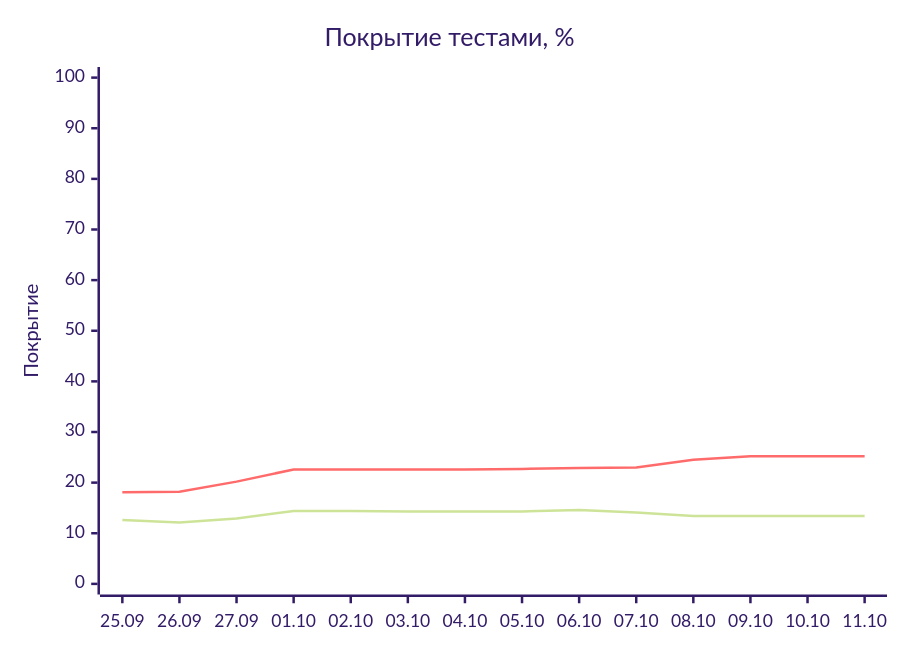
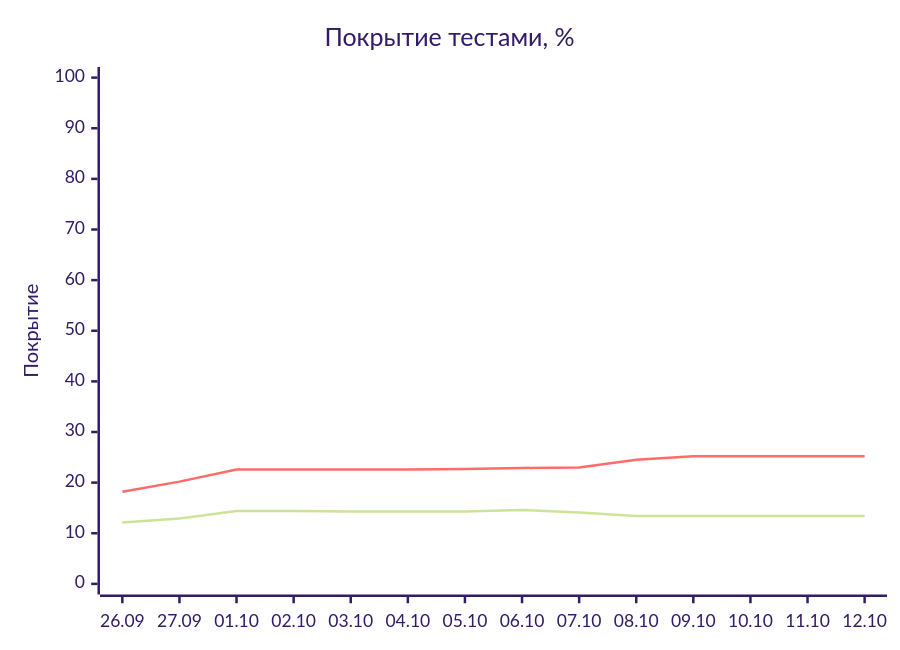
The diagram in README.md (EvgeniBondarev/coverage-report), drawn with Mermaid (forest theme) before and after one commit. The commit also changed other lines of this file and 2957 other files, not shown here.

````diff
--- a/README.md
+++ b/README.md
@@ -19,8 +19,8 @@
 ```mermaid
 xychart-beta
     title "Покрытие тестами, %"
-    x-axis ["25.09", "26.09", "27.09", "01.10", "02.10", "03.10", "04.10", "05.10", "06.10", "07.10", "08.10", "09.10", "10.10", "11.10"]
+    x-axis ["26.09", "27.09", "01.10", "02.10", "03.10", "04.10", "05.10", "06.10", "07.10", "08.10", "09.10", "10.10", "11.10", "12.10"]
     y-axis "Покрытие" 0 --> 100
-    line [12.6, 12.1, 12.9, 14.4, 14.4, 14.3, 14.3, 14.3, 14.6, 14.1, 13.4, 13.4, 13.4, 13.4]
-    line [18.1, 18.2, 20.2, 22.6, 22.6, 22.6, 22.6, 22.7, 22.9, 23, 24.5, 25.2, 25.2, 25.2]
+    line [12.1, 12.9, 14.4, 14.4, 14.3, 14.3, 14.3, 14.6, 14.1, 13.4, 13.4, 13.4, 13.4, 13.4]
+    line [18.2, 20.2, 22.6, 22.6, 22.6, 22.6, 22.7, 22.9, 23, 24.5, 25.2, 25.2, 25.2, 25.2]
 ```
````
